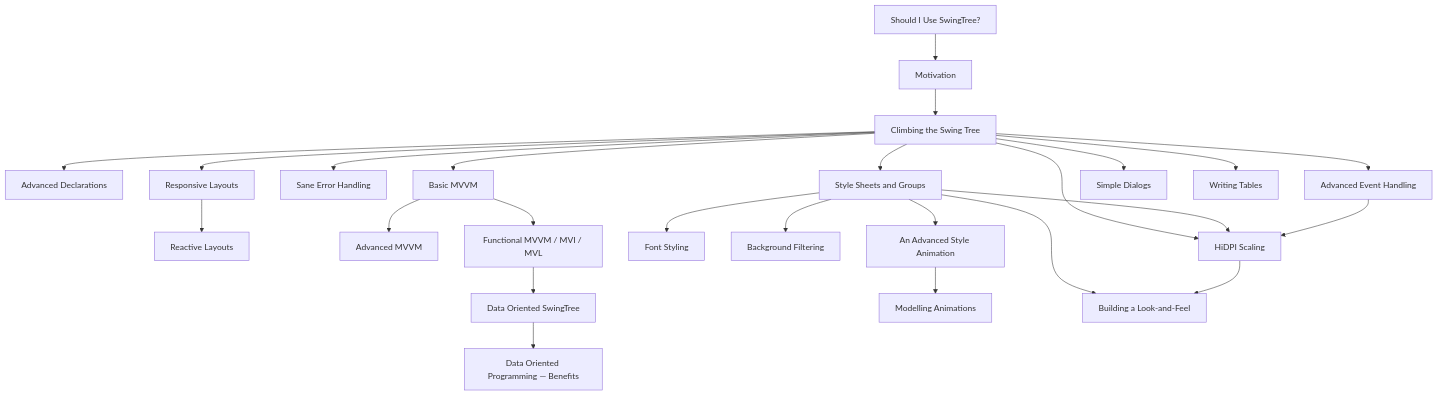
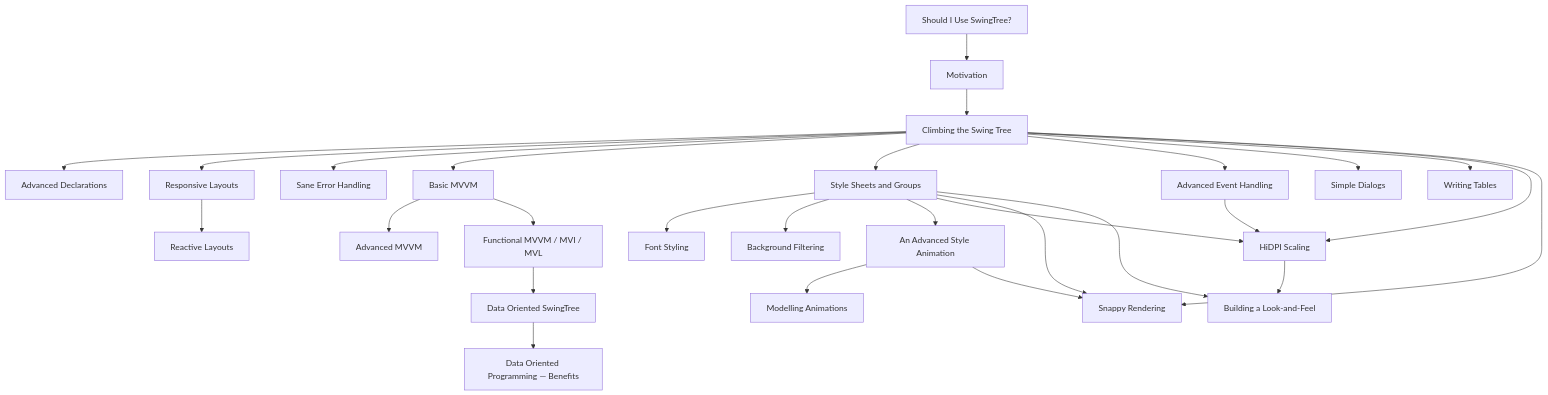
One commit to globaltcad/swing-tree changed the diagram in docs/markdown/README.md. Above: the diagram before and after it, drawn with Mermaid. The commit also changed other lines of this file and 16 other files, not shown here.

````diff
--- a/docs/markdown/README.md
+++ b/docs/markdown/README.md
@@ -77,27 +78,30 @@
 ```mermaid
 graph TD;
     S[Should I Use SwingTree?] --> M[Motivation]
     M[Motivation] --> C[Climbing the Swing Tree]
     C --> AD[Advanced Declarations]
     C --> RL[Responsive Layouts]
     C --> SAN[Sane Error Handling]
     RL --> RAL[Reactive Layouts]
     C --> BMV[Basic MVVM]
     BMV --> AMV[Advanced MVVM]
     BMV --> FMV[Functional MVVM / MVI / MVL]
     FMV --> DO[Data Oriented SwingTree]
     DO --> DOB[Data Oriented Programming — Benefits]
     C --> SS[Style Sheets and Groups]
     SS --> FS[Font Styling]
     SS --> BF[Background Filtering]
     SS --> ASA[An Advanced Style Animation]
     ASA --> MA[Modelling Animations]
     C --> EH[Advanced Event Handling]
     C --> SD[Simple Dialogs]
     C --> WT[Writing Tables]
     C --> HDPI[HiDPI Scaling]
     SS --> HDPI
     EH --> HDPI
+    C --> SR[Snappy Rendering]
+    SS --> SR
+    ASA --> SR
     SS --> LAF[Building a Look-and-Feel]
     HDPI --> LAF
 ```
````
